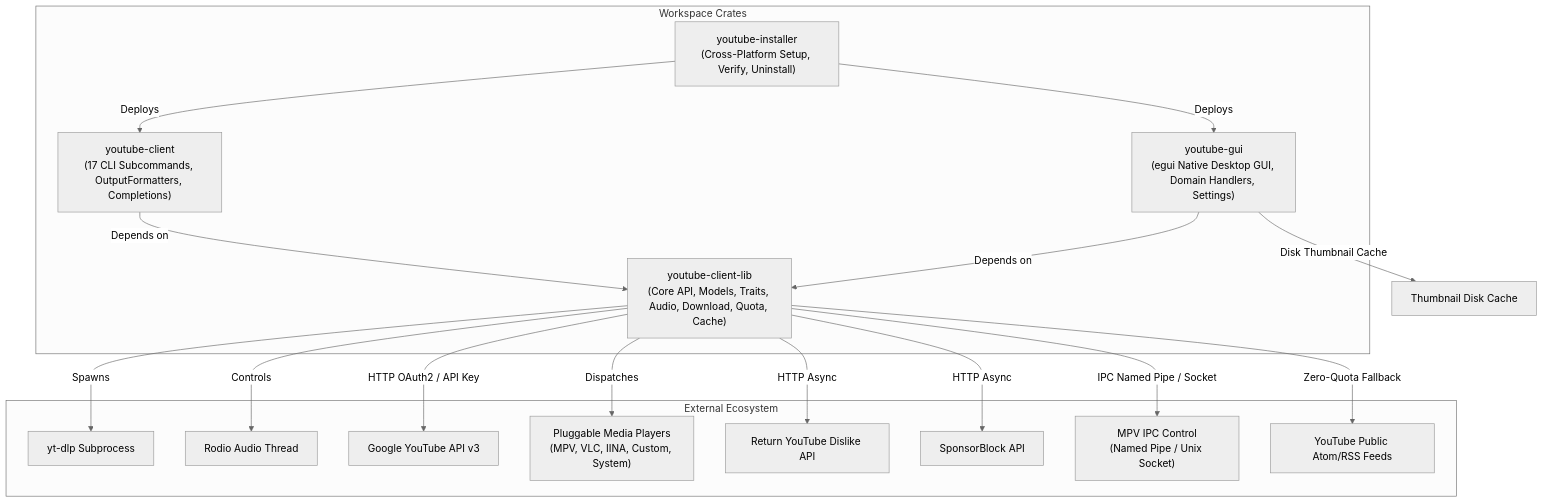
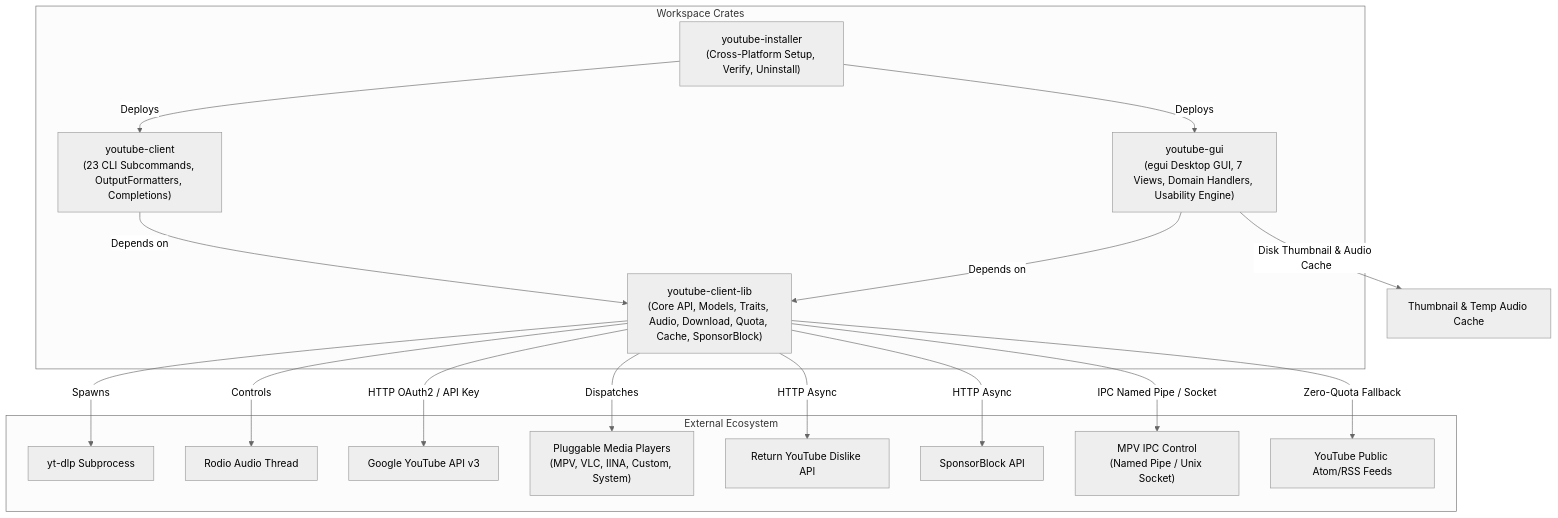
Before and after one commit to clockworkengineer/youtube-client: the first of 4 diagrams in docs/architecture.md, drawn with Mermaid (neutral theme). The commit also changed other lines of this file and 42 other files, not shown here.

````diff
--- a/docs/architecture.md
+++ b/docs/architecture.md
@@ -11,35 +11,35 @@
 ```mermaid
 graph TD
     subgraph "Workspace Crates"
-        LIB["youtube-client-lib<br/>(Core API, Models, Traits, Audio, Download, Quota, Cache)"]
-        CLI["youtube-client<br/>(17 CLI Subcommands, OutputFormatters, Completions)"]
-        GUI["youtube-gui<br/>(egui Native Desktop GUI, Domain Handlers, Settings)"]
+        LIB["youtube-client-lib<br/>(Core API, Models, Traits, Audio, Download, Quota, Cache, SponsorBlock)"]
+        CLI["youtube-client<br/>(23 CLI Subcommands, OutputFormatters, Completions)"]
+        GUI["youtube-gui<br/>(egui Desktop GUI, 7 Views, Domain Handlers, Usability Engine)"]
         INST["youtube-installer<br/>(Cross-Platform Setup, Verify, Uninstall)"]
     end
 
     subgraph "External Ecosystem"
         YTDL["yt-dlp Subprocess"]
         ROD["Rodio Audio Thread"]
         GAPI["Google YouTube API v3"]
         PLAY["Pluggable Media Players<br/>(MPV, VLC, IINA, Custom, System)"]
         RYD["Return YouTube Dislike API"]
         SB["SponsorBlock API"]
         MPV_IPC["MPV IPC Control<br/>(Named Pipe / Unix Socket)"]
         RSS["YouTube Public Atom/RSS Feeds"]
     end
 
     CLI -->|Depends on| LIB
     GUI -->|Depends on| LIB
     INST -->|Deploys| CLI
-    GUI -->|Disk Thumbnail Cache| FS["Thumbnail Disk Cache"]
+    GUI -->|Disk Thumbnail & Audio Cache| FS["Thumbnail & Temp Audio Cache"]
     INST -->|Deploys| GUI
 
     LIB -->|HTTP OAuth2 / API Key| GAPI
     LIB -->|Spawns| YTDL
     LIB -->|Controls| ROD
     LIB -->|HTTP Async| RYD
     LIB -->|HTTP Async| SB
     LIB -->|IPC Named Pipe / Socket| MPV_IPC
     LIB -->|Zero-Quota Fallback| RSS
     LIB -->|Dispatches| PLAY
 ```
````
